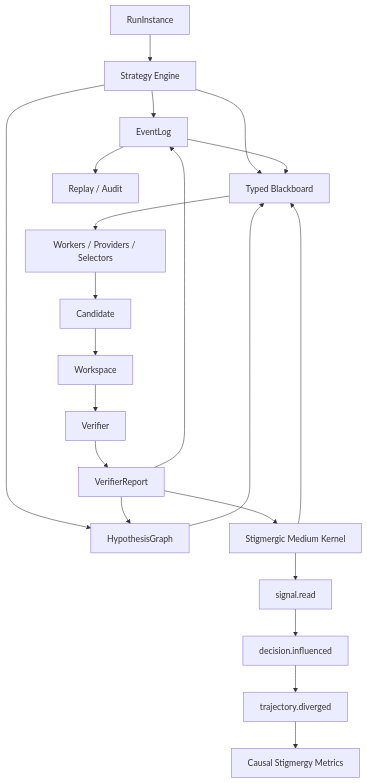
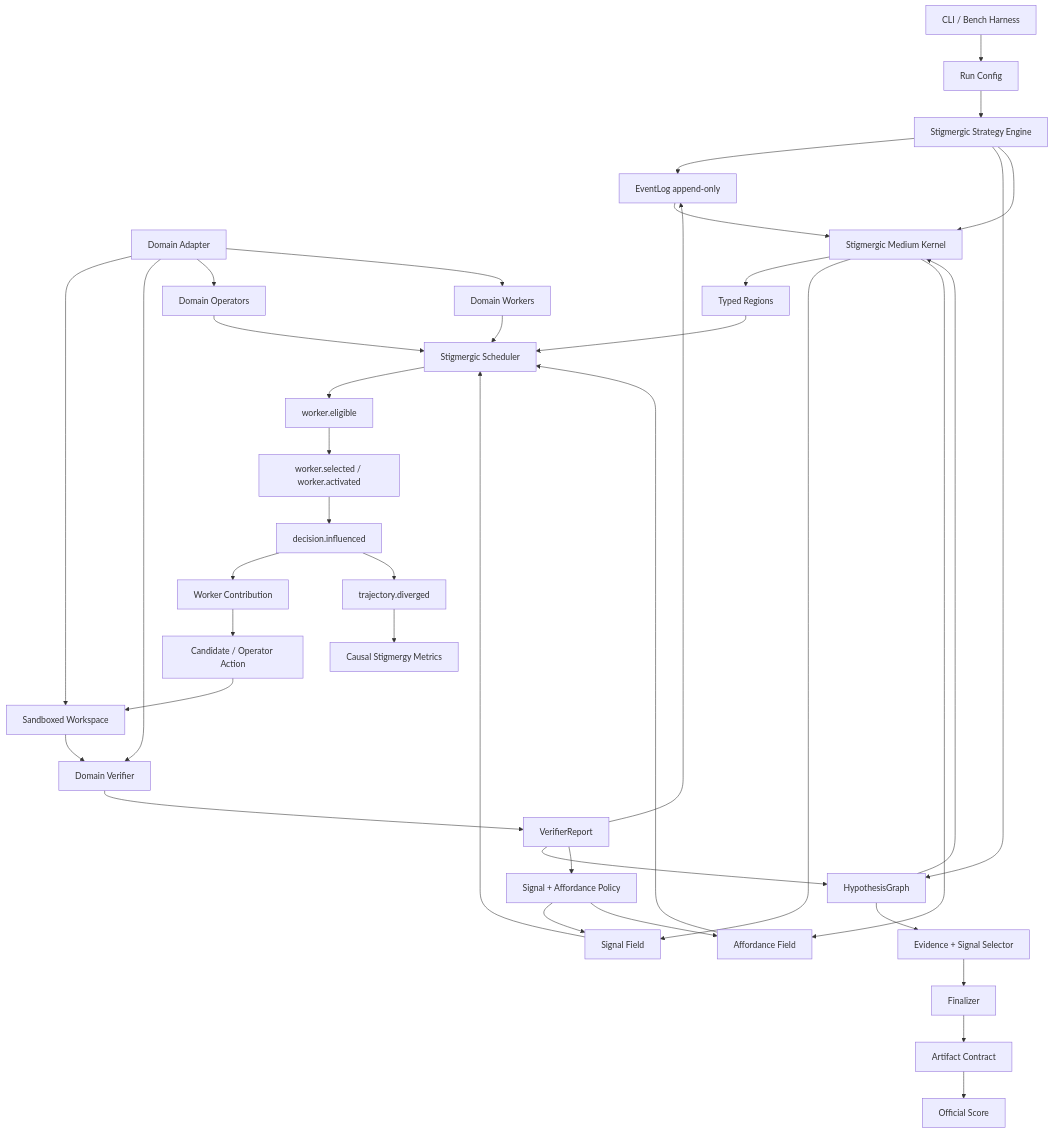
The diagram in documentation/redisgn_v2/plan_v11_stigmergic_medium_kernel.md (BinkyTwin/StigmergiAgentic), drawn with Mermaid before and after one commit. The commit also changed other lines of this file and 33 other files, not shown here.

Commit message:
feat(v11): add stigmergic medium kernel

````diff
--- a/documentation/redisgn_v2/plan_v11_stigmergic_medium_kernel.md
+++ b/documentation/redisgn_v2/plan_v11_stigmergic_medium_kernel.md
@@ -209,27 +278,52 @@
 ```mermaid
 flowchart TD
-    Instance[RunInstance] --> Runner[Strategy Engine]
-    Runner --> EventLog[EventLog]
-    Runner --> Graph[HypothesisGraph]
-    Runner --> Blackboard[Typed Blackboard]
+    CLI["CLI / Bench Harness"] --> Config["Run Config"]
+    Config --> Runner["Stigmergic Strategy Engine"]
 
-    EventLog --> Replay[Replay / Audit]
-    Graph --> Blackboard
-    EventLog --> Blackboard
+    Adapter["Domain Adapter"] --> Workspace["Sandboxed Workspace"]
+    Adapter --> Verifier["Domain Verifier"]
+    Adapter --> Operators["Domain Operators"]
+    Adapter --> Workers["Domain Workers"]
 
-    Blackboard --> Workers[Workers / Providers / Selectors]
-    Workers --> Candidate[Candidate]
-    Candidate --> Workspace[Workspace]
-    Workspace --> Verifier[Verifier]
-    Verifier --> Report[VerifierReport]
+    Runner --> EventLog["EventLog append-only"]
+    Runner --> Graph["HypothesisGraph"]
+    Runner --> Medium["Stigmergic Medium Kernel"]
 
+    EventLog --> Medium
+    Graph --> Medium
+
+    Medium --> Regions["Typed Regions"]
+    Medium --> Signals["Signal Field"]
+    Medium --> Affordances["Affordance Field"]
+
+    Signals --> Scheduler["Stigmergic Scheduler"]
+    Affordances --> Scheduler
+    Regions --> Scheduler
+    Workers --> Scheduler
+    Operators --> Scheduler
+
+    Scheduler --> Eligibility["worker.eligible"]
+    Eligibility --> Activation["worker.selected / worker.activated"]
+    Activation --> Influence["decision.influenced"]
+    Influence --> Contribution["Worker Contribution"]
+
+    Contribution --> Candidate["Candidate / Operator Action"]
+    Candidate --> Workspace
+    Workspace --> Verifier
+
+    Verifier --> Report["VerifierReport"]
     Report --> EventLog
     Report --> Graph
-    Report --> Medium[Stigmergic Medium Kernel]
-    Medium --> Blackboard
+    Report --> Policy["Signal + Affordance Policy"]
 
-    Medium --> SignalRead[signal.read]
-    SignalRead --> DecisionInfluence[decision.influenced]
-    DecisionInfluence --> Trajectory[trajectory.diverged]
-    Trajectory --> Metrics[Causal Stigmergy Metrics]
+    Policy --> Signals
+    Policy --> Affordances
+
+    Graph --> Selector["Evidence + Signal Selector"]
+    Selector --> Finalizer["Finalizer"]
+    Finalizer --> Artifact["Artifact Contract"]
+    Artifact --> Score["Official Score"]
+
+    Influence --> Divergence["trajectory.diverged"]
+    Divergence --> Metrics["Causal Stigmergy Metrics"]
 ```
````
